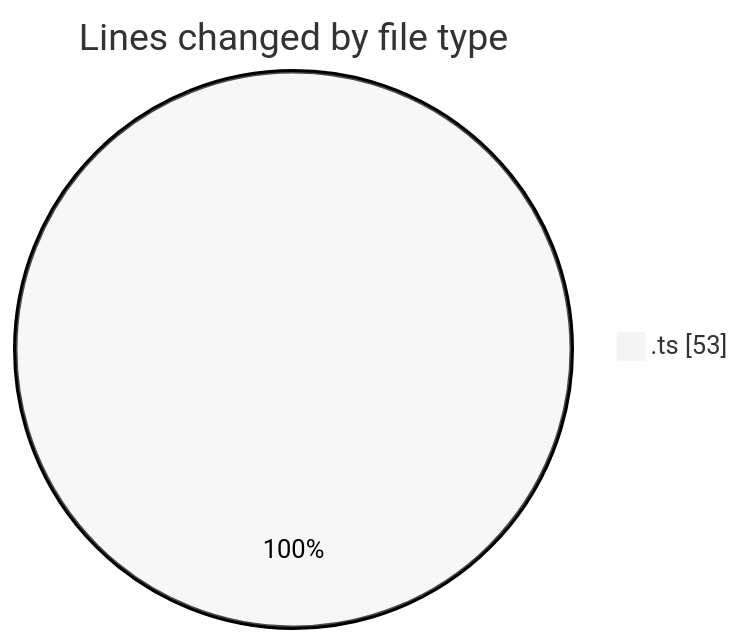
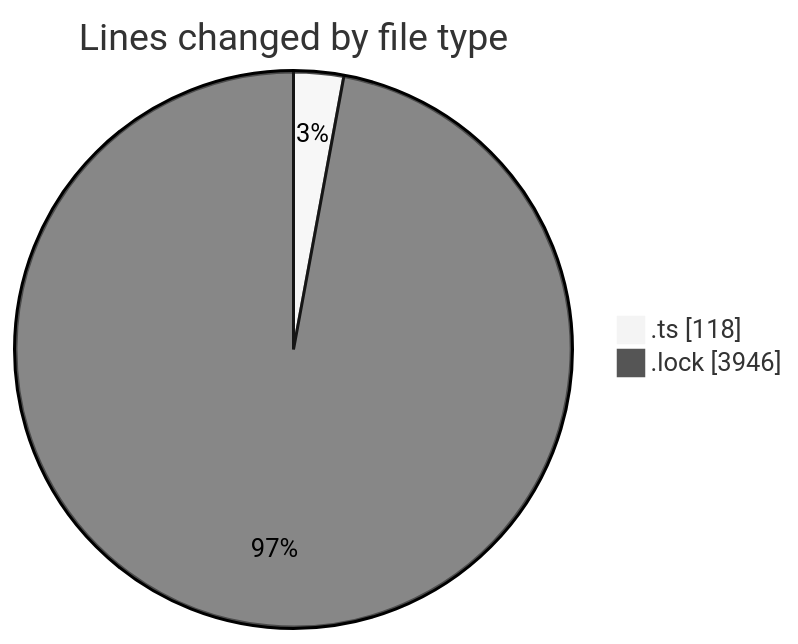
Before and after one commit to momahboobian/code-tracking: the first of 2 diagrams in 2025-08-19/cda/README.md, drawn with Mermaid (neutral theme). The commit also changed other lines of this file and 1 other file, not shown here.

````diff
--- a/2025-08-19/cda/README.md
+++ b/2025-08-19/cda/README.md
@@ -21,5 +24,6 @@
 ```mermaid
 pie showData
 title Lines changed by file type
-".ts" : 53
+".ts" : 118
+".lock" : 3946
 ```
````
